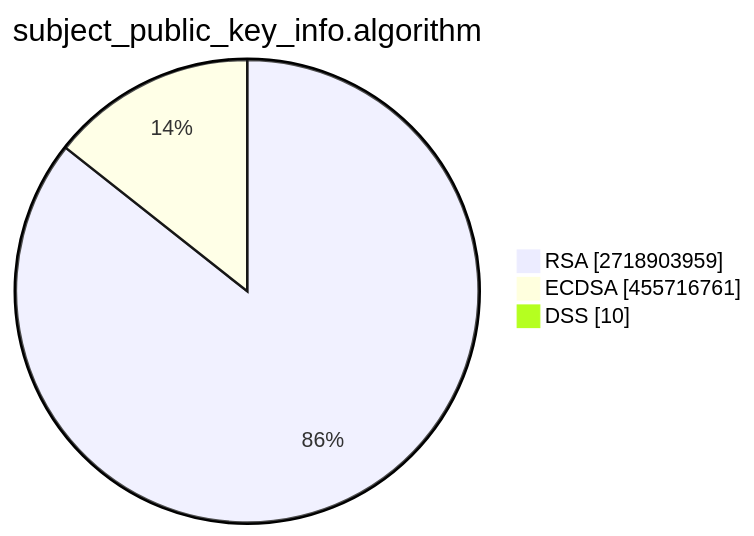
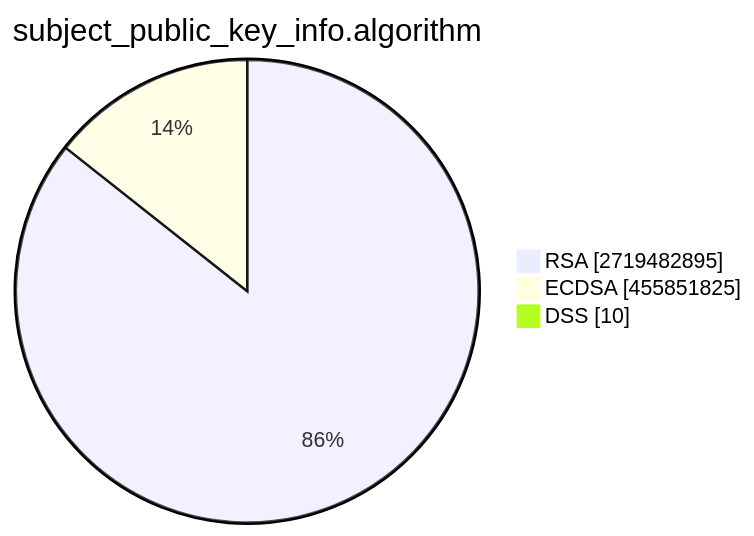
The second of 15 diagrams in TOTAL/README.md (christiankrug/ctmonitor_visualization), drawn with Mermaid before and after one commit. The commit also changed other lines of this file, not shown here.

````diff
--- a/TOTAL/README.md
+++ b/TOTAL/README.md
@@ -6,7 +6,7 @@
 ```mermaid
 pie showData
 title subject_public_key_info.algorithm
-"RSA" :2718903959
-"ECDSA" :455716761
+"RSA" :2719482895
+"ECDSA" :455851825
 "DSS" :10
 ```
````
